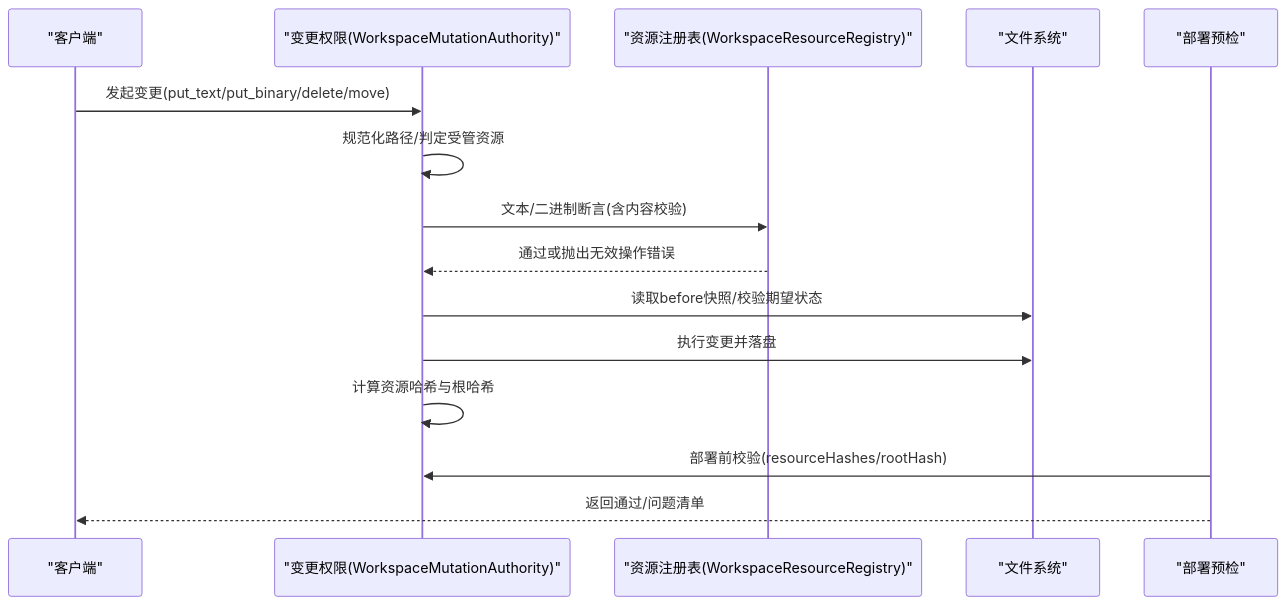
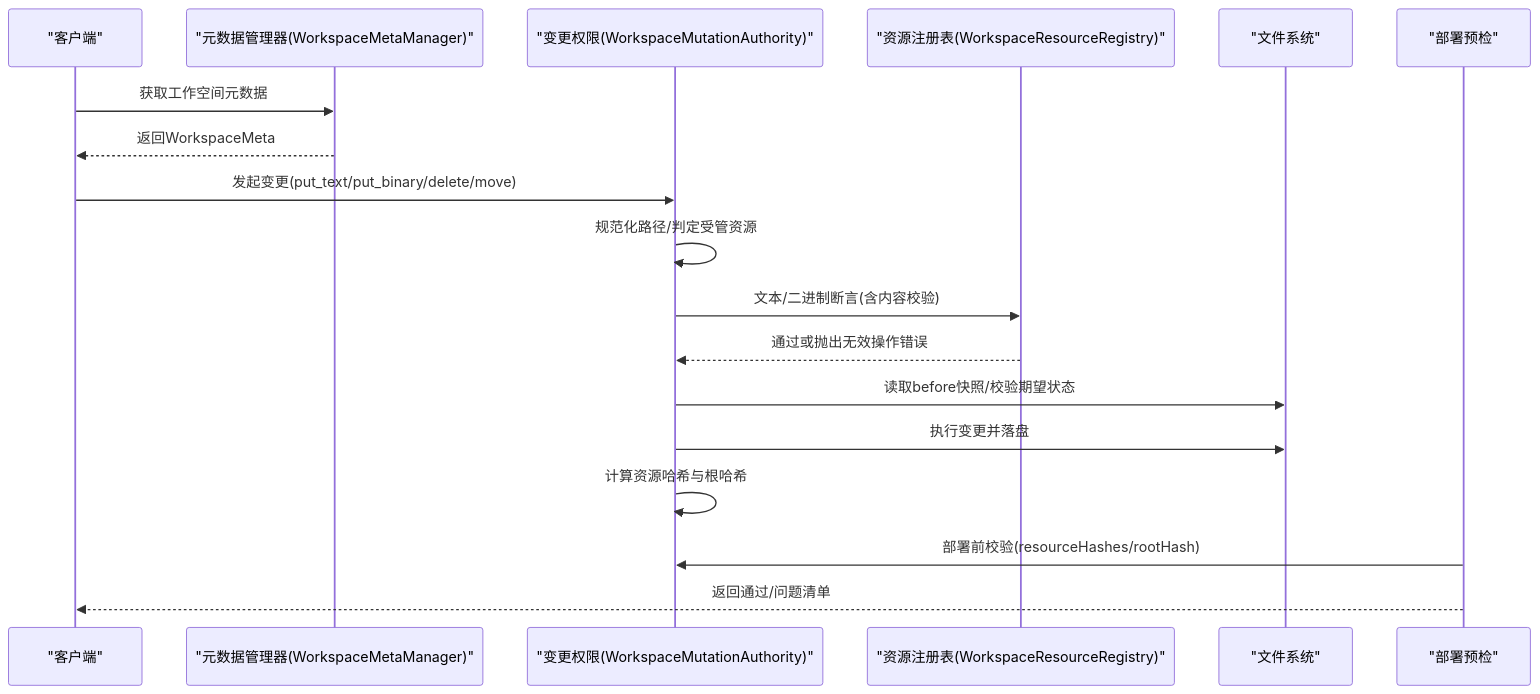
Before and after one commit to qihaogithub/workbench: the second of 6 diagrams in .qoder/repowiki/zh/content/项目概述/核心功能/项目管理系统/工作空间管理/工作区资源管理.md, drawn with Mermaid. The commit also changed other lines of this file and 476 other files, not shown here.

````diff
--- a/.qoder/repowiki/zh/content/项目概述/核心功能/项目管理系统/工作空间管理/工作区资源管理.md
+++ b/.qoder/repowiki/zh/content/项目概述/核心功能/项目管理系统/工作空间管理/工作区资源管理.md
@@ -99,17 +120,20 @@
 ```mermaid
 sequenceDiagram
 participant Client as "客户端"
+participant MetaMgr as "元数据管理器(WorkspaceMetaManager)"
 participant Authority as "变更权限(WorkspaceMutationAuthority)"
 participant Registry as "资源注册表(WorkspaceResourceRegistry)"
 participant FS as "文件系统"
 participant Preflight as "部署预检"
+Client->>MetaMgr : 获取工作空间元数据
+MetaMgr-->>Client : 返回WorkspaceMeta
 Client->>Authority : 发起变更(put_text/put_binary/delete/move)
 Authority->>Authority : 规范化路径/判定受管资源
 Authority->>Registry : 文本/二进制断言(含内容校验)
 Registry-->>Authority : 通过或抛出无效操作错误
 Authority->>FS : 读取before快照/校验期望状态
 Authority->>FS : 执行变更并落盘
 Authority->>Authority : 计算资源哈希与根哈希
 Preflight->>Authority : 部署前校验(resourceHashes/rootHash)
 Preflight-->>Client : 返回通过/问题清单
 ```
````
